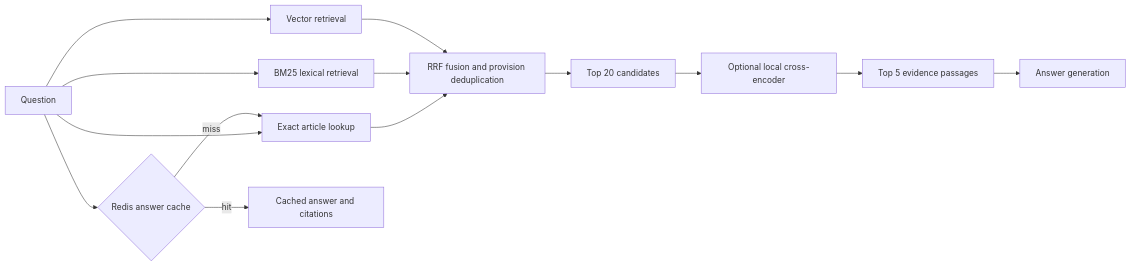
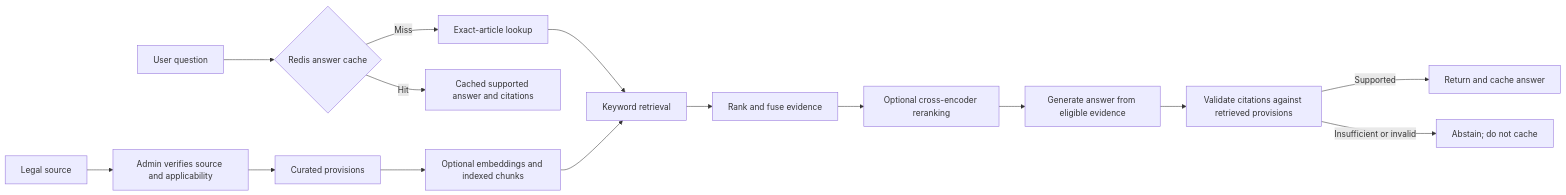
The diagram in README.md (zenebumelaku/LegalCheck), drawn with Mermaid before and after one commit. The commit also changed other lines of this file and 2 other files, not shown here.

````diff
--- a/README.md
+++ b/README.md
@@ -403,16 +15,18 @@
 ```mermaid
 flowchart LR
-  Q[Question] --> X[Exact article lookup]
-  Q --> B[BM25 lexical retrieval]
-  Q --> V[Vector retrieval]
-  X --> F[RRF fusion and provision deduplication]
-  B --> F
-  V --> F
-  F --> C[Top 20 candidates]
-  C --> R[Optional local cross-encoder]
-  R --> K[Top 5 evidence passages]
-  K --> L[Answer generation]
-  Q --> H{Redis answer cache}
-  H -->|hit| A[Cached answer and citations]
-  H -->|miss| X
+  S[Legal source] --> V[Admin verifies source and applicability]
+  V --> P[Curated provisions]
+  P --> E[Optional embeddings and indexed chunks]
+
+  Q[User question] --> C{Redis answer cache}
+  C -->|Hit| A[Cached supported answer and citations]
+  C -->|Miss| X[Exact-article lookup]
+  X --> F[Keyword retrieval]
+  E --> F
+  F --> R[Rank and fuse evidence]
+  R --> T[Optional cross-encoder reranking]
+  T --> G[Generate answer from eligible evidence]
+  G --> J[Validate citations against retrieved provisions]
+  J -->|Supported| W[Return and cache answer]
+  J -->|Insufficient or invalid| N[Abstain; do not cache]
 ```
````
